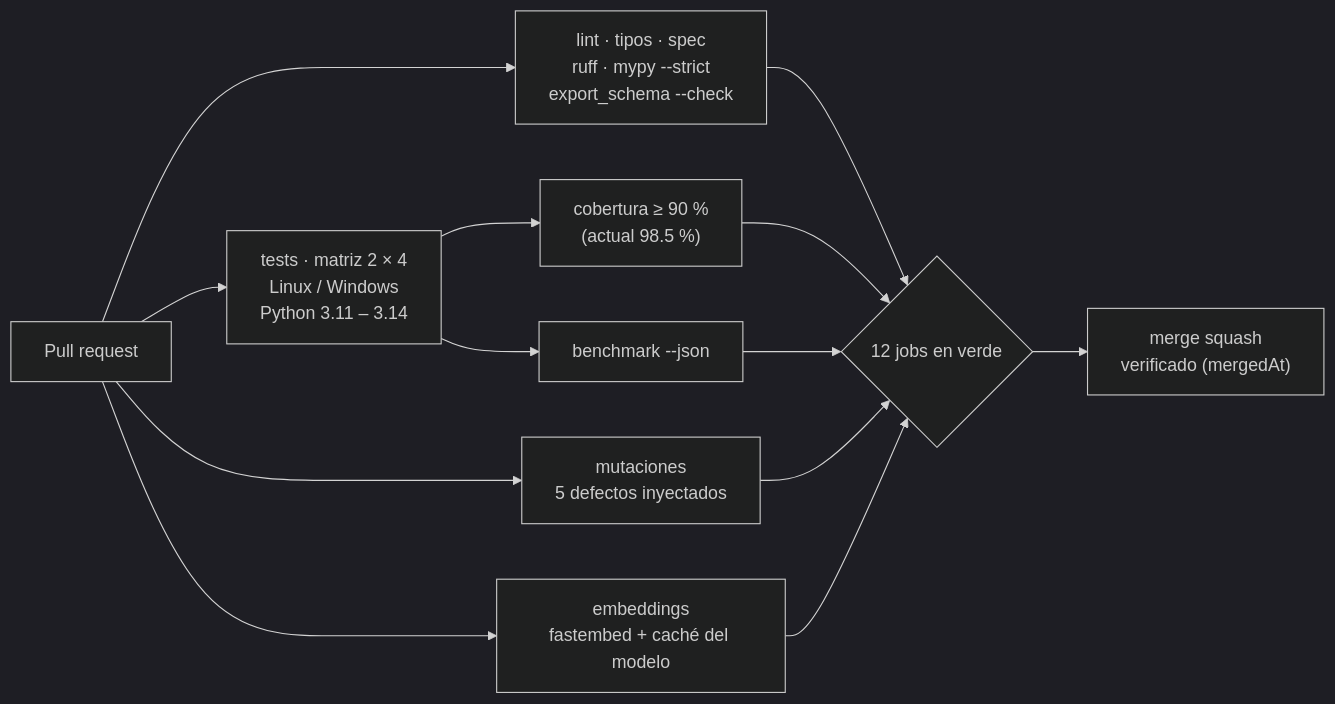
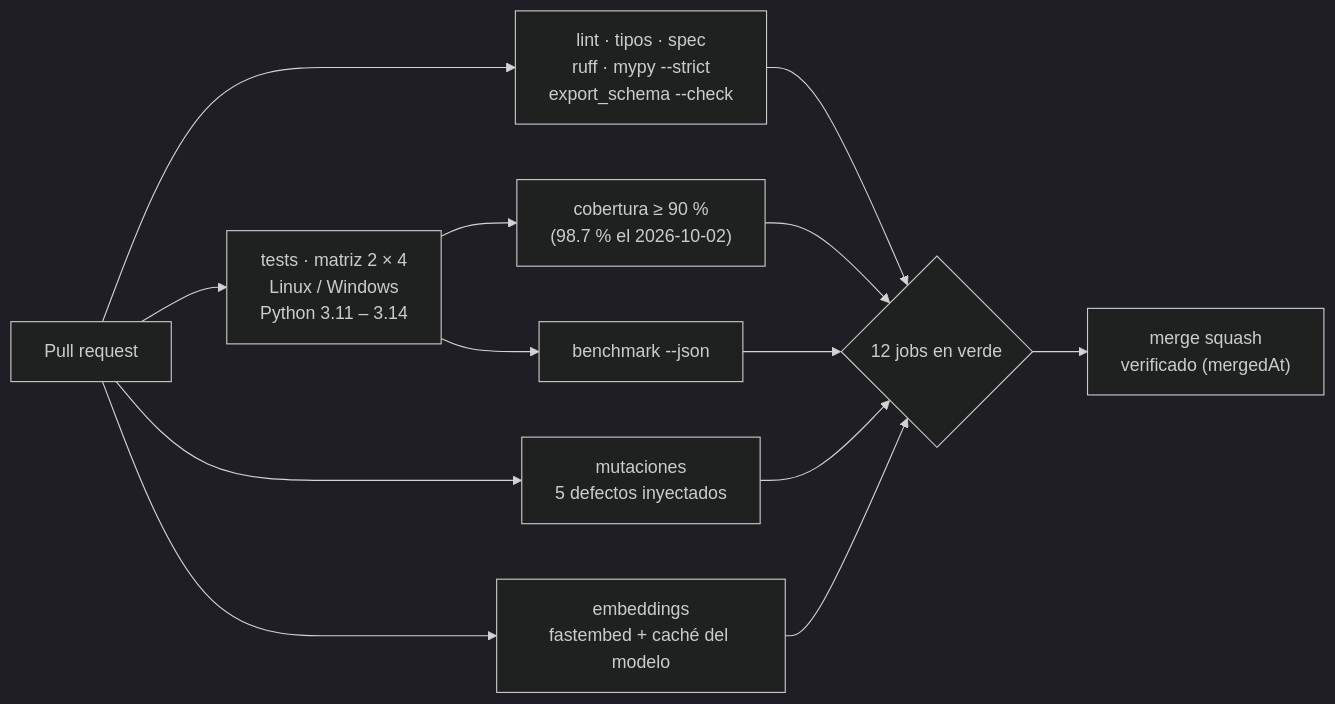
The ninth of 11 diagrams in README.md (cherrera0001/Agents_Learning_Loops), drawn with Mermaid (dark theme) before and after one commit. The commit also changed other lines of this file and 11 other files, not shown here.

````diff
--- a/README.md
+++ b/README.md
@@ -677,15 +723,15 @@
 ```mermaid
 flowchart LR
     PR["Pull request"] --> LINT["lint · tipos · spec<br/>ruff · mypy --strict<br/>export_schema --check"]
     PR --> TEST["tests · matriz 2 × 4<br/>Linux / Windows<br/>Python 3.11 – 3.14"]
     PR --> MUT["mutaciones<br/>5 defectos inyectados"]
     PR --> EMBJ["embeddings<br/>fastembed + caché del modelo"]
-    TEST --> COV["cobertura ≥ 90 %<br/>(actual 98.5 %)"]
+    TEST --> COV["cobertura ≥ 90 %<br/>(98.7 % el 2026-10-02)"]
     TEST --> BENCH["benchmark --json"]
     LINT --> OK{"12 jobs en verde"}
     COV --> OK
     BENCH --> OK
     MUT --> OK
     EMBJ --> OK
     OK --> MERGE["merge squash<br/>verificado (mergedAt)"]
 ```
````
